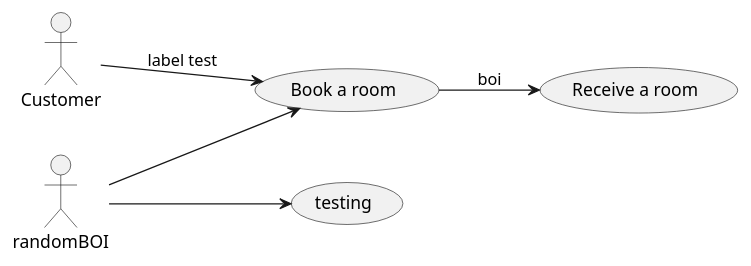
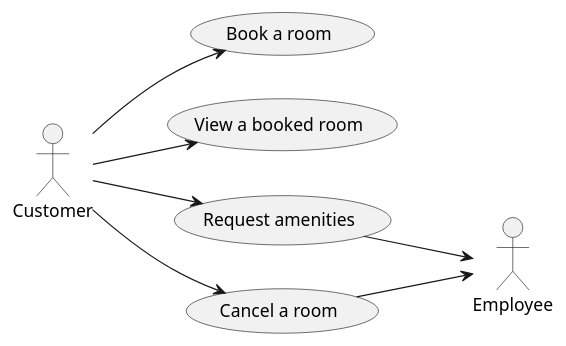
One commit to notkaramel/ECSE321-Mar1HotelSystem changed the diagram in UML/CustomerUC.plantuml. Above: the diagram before and after it, drawn with PlantUML.

Commit message:
Updated the customer's UC diagram

```diff
--- a/UML/CustomerUC.plantuml
+++ b/UML/CustomerUC.plantuml
@@ -1,20 +1,24 @@
 @startuml CustomerUC
 left to right direction
 
 'Actor
-:Customer: as actor
-:randomBOI: as actor2
+:Customer: as customer
+:Employee: as employee
 
 'Use cases
 (Book a room) as UC1
-(Receive a room) as UC2
-(testing) as UC3
+(View a booked room) as UC2
+(Request amenities) as UC3
+(Cancel a room) as UC4
 
 'Associations
-actor --> UC1: label test
-UC1 --> UC2: boi
-actor2 --> UC3
-actor2 --> UC1
+customer --> UC1
+customer --> UC2
+customer --> UC3
+customer --> UC4
+UC3 --> employee
+UC4 --> employee
+
 
 
 @enduml
```
